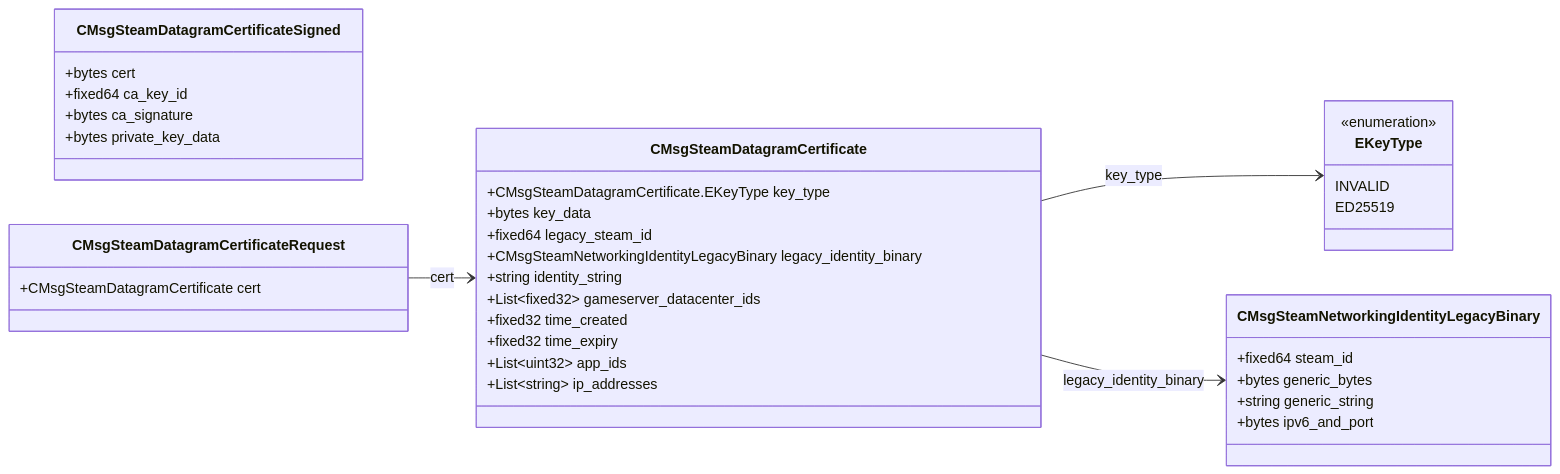
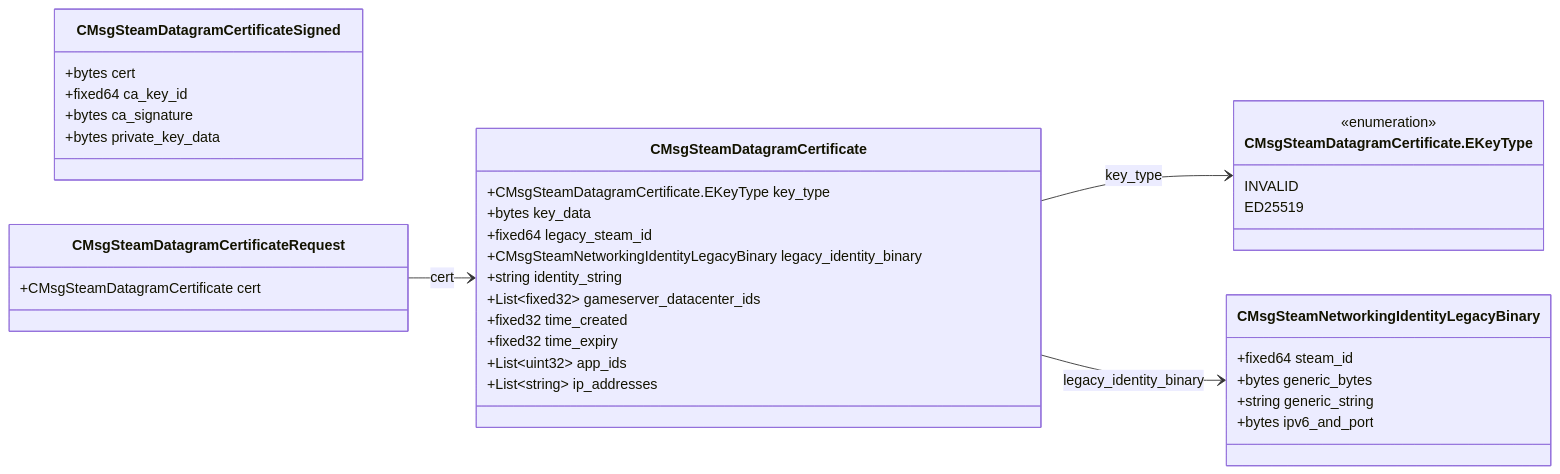
Before and after one commit to CS2OpenDev/CS2OpenDev-Docs: the diagram in docs/generated/proto/steamnetworkingsockets_messages_certs.md, drawn with Mermaid. The commit also changed other lines of this file and 4525 other files, not shown here.

````diff
--- a/docs/generated/proto/steamnetworkingsockets_messages_certs.md
+++ b/docs/generated/proto/steamnetworkingsockets_messages_certs.md
@@ -12,46 +12,46 @@
 ```mermaid
 classDiagram
 direction LR
 
   class CMsgSteamNetworkingIdentityLegacyBinary {
     +fixed64 steam_id
     +bytes generic_bytes
     +string generic_string
     +bytes ipv6_and_port
   }
 
   class CMsgSteamDatagramCertificate {
     +CMsgSteamDatagramCertificate.EKeyType key_type
     +bytes key_data
     +fixed64 legacy_steam_id
     +CMsgSteamNetworkingIdentityLegacyBinary legacy_identity_binary
     +string identity_string
     +List~fixed32~ gameserver_datacenter_ids
     +fixed32 time_created
     +fixed32 time_expiry
     +List~uint32~ app_ids
     +List~string~ ip_addresses
   }
 
   class CMsgSteamDatagramCertificateSigned {
     +bytes cert
     +fixed64 ca_key_id
     +bytes ca_signature
     +bytes private_key_data
   }
 
   class CMsgSteamDatagramCertificateRequest {
     +CMsgSteamDatagramCertificate cert
   }
 
-  CMsgSteamDatagramCertificate --> EKeyType : key_type
+  CMsgSteamDatagramCertificate --> CMsgSteamDatagramCertificate_EKeyType : key_type
   CMsgSteamDatagramCertificate --> CMsgSteamNetworkingIdentityLegacyBinary : legacy_identity_binary
   CMsgSteamDatagramCertificateRequest --> CMsgSteamDatagramCertificate : cert
 
-  class EKeyType{
+  class CMsgSteamDatagramCertificate_EKeyType["CMsgSteamDatagramCertificate.EKeyType"]{
     <<enumeration>>
     INVALID
     ED25519
   }
 
 ```
````
